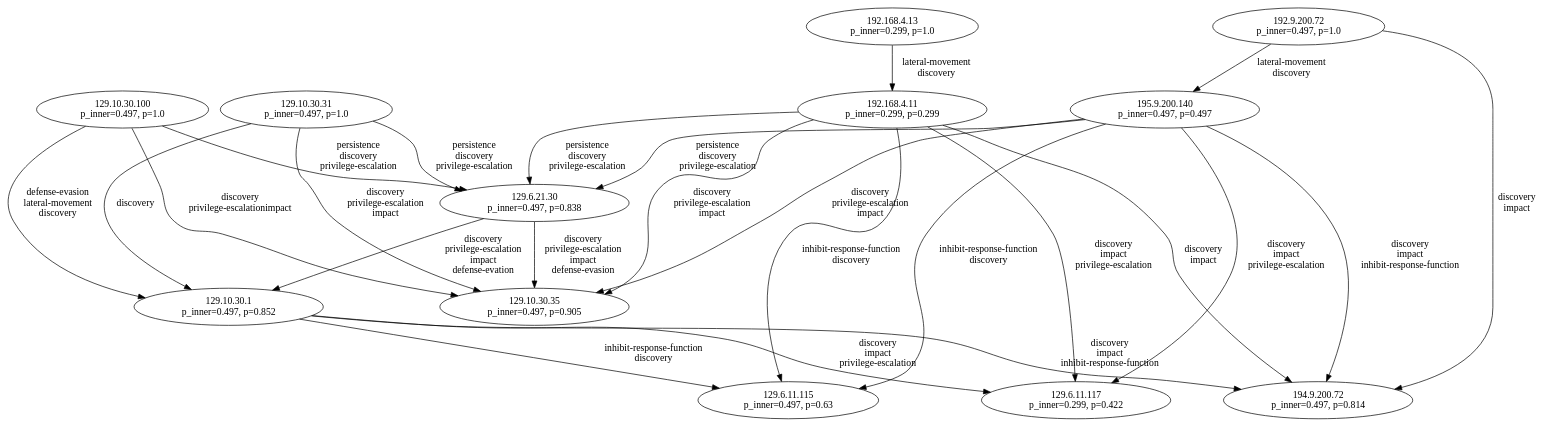
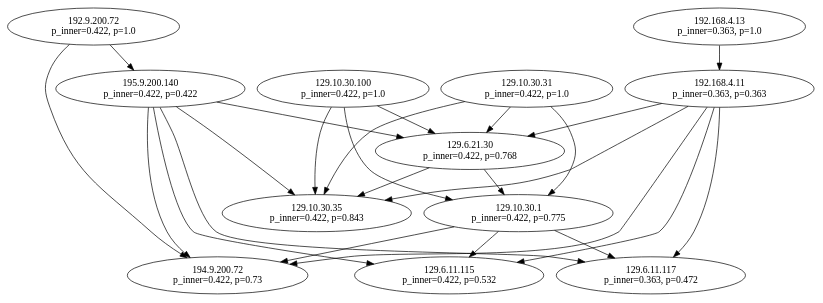
Before and after one commit to WLFJ/CICAT-graph: the diagram in cicat/cvss-example/RESULT.dot, drawn with Graphviz. The commit also changed 3 other files, not shown here.

```diff
--- a/cicat/cvss-example/RESULT.dot
+++ b/cicat/cvss-example/RESULT.dot
@@ -1,38 +1,38 @@
 digraph G {
-  1 [label="195.9.200.140\np_inner=0.497, p=0.497", shape=ellipse];
-  2 [label="194.9.200.72\np_inner=0.497, p=0.814", shape=ellipse];
-  3 [label="129.6.11.115\np_inner=0.497, p=0.63", shape=ellipse];
-  4 [label="129.6.11.117\np_inner=0.299, p=0.422", shape=ellipse];
-  5 [label="129.10.30.35\np_inner=0.497, p=0.905", shape=ellipse];
-  6 [label="129.6.21.30\np_inner=0.497, p=0.838", shape=ellipse];
-  7 [label="129.10.30.100\np_inner=0.497, p=1.0", shape=ellipse];
-  8 [label="129.10.30.1\np_inner=0.497, p=0.852", shape=ellipse];
-  9 [label="192.168.4.11\np_inner=0.299, p=0.299", shape=ellipse];
-  10 [label="129.10.30.31\np_inner=0.497, p=1.0", shape=ellipse];
-  11 [label="192.9.200.72\np_inner=0.497, p=1.0", shape=ellipse];
-  12 [label="192.168.4.13\np_inner=0.299, p=1.0", shape=ellipse];
-  1 -> 2 [label="discovery\nimpact\ninhibit-response-function"];
-  1 -> 3 [label="inhibit-response-function\ndiscovery"];
-  7 -> 6 [label="persistence\ndiscovery\nprivilege-escalation"];
-  9 -> 3 [label="inhibit-response-function\ndiscovery"];
-  1 -> 5 [label="discovery\nprivilege-escalation\nimpact"];
-  8 -> 4 [label="discovery\nimpact\nprivilege-escalation"];
-  12 -> 9 [label="lateral-movement\ndiscovery"];
-  8 -> 2 [label="discovery\nimpact\ninhibit-response-function"];
-  1 -> 4 [label="discovery\nimpact\nprivilege-escalation"];
-  9 -> 2 [label="discovery\nimpact"];
-  10 -> 8 [label="discovery"];
-  8 -> 3 [label="inhibit-response-function\ndiscovery"];
-  7 -> 5 [label="discovery\nprivilege-escalation\impact"];
-  1 -> 6 [label="persistence\ndiscovery\nprivilege-escalation"];
-  9 -> 4 [label="discovery\nimpact\nprivilege-escalation"];
-  9 -> 6 [label="persistence\ndiscovery\nprivilege-escalation"];
-  9 -> 5 [label="discovery\nprivilege-escalation\nimpact"];
-  10 -> 5 [label="discovery\nprivilege-escalation\nimpact"];
-  11 -> 1 [label="lateral-movement\ndiscovery"];
-  7 -> 8 [label="defense-evasion\nlateral-movement\ndiscovery"];
-  6 -> 8 [label="discovery\nprivilege-escalation\nimpact\ndefense-evation"];
-  11 -> 2 [label="discovery\nimpact"];
-  6 -> 5 [label="discovery\nprivilege-escalation\nimpact\ndefense-evasion"];
-  10 -> 6 [label="persistence\ndiscovery\nprivilege-escalation"];
+  1 [label="195.9.200.140\np_inner=0.422, p=0.422", shape=ellipse];
+  2 [label="194.9.200.72\np_inner=0.422, p=0.73", shape=ellipse];
+  3 [label="129.6.11.115\np_inner=0.422, p=0.532", shape=ellipse];
+  4 [label="129.6.11.117\np_inner=0.363, p=0.472", shape=ellipse];
+  5 [label="129.10.30.35\np_inner=0.422, p=0.843", shape=ellipse];
+  6 [label="129.6.21.30\np_inner=0.422, p=0.768", shape=ellipse];
+  7 [label="129.10.30.100\np_inner=0.422, p=1.0", shape=ellipse];
+  8 [label="129.10.30.1\np_inner=0.422, p=0.775", shape=ellipse];
+  9 [label="192.168.4.11\np_inner=0.363, p=0.363", shape=ellipse];
+  10 [label="129.10.30.31\np_inner=0.422, p=1.0", shape=ellipse];
+  11 [label="192.9.200.72\np_inner=0.422, p=1.0", shape=ellipse];
+  12 [label="192.168.4.13\np_inner=0.363, p=1.0", shape=ellipse];
+  9 -> 2;
+  8 -> 3;
+  1 -> 2;
+  11 -> 2;
+  7 -> 8;
+  1 -> 6;
+  6 -> 8;
+  9 -> 3;
+  6 -> 5;
+  10 -> 8;
+  8 -> 2;
+  1 -> 4;
+  7 -> 5;
+  1 -> 3;
+  8 -> 4;
+  10 -> 6;
+  9 -> 5;
+  11 -> 1;
+  12 -> 9;
+  9 -> 4;
+  10 -> 5;
+  7 -> 6;
+  1 -> 5;
+  9 -> 6;
 }
```
